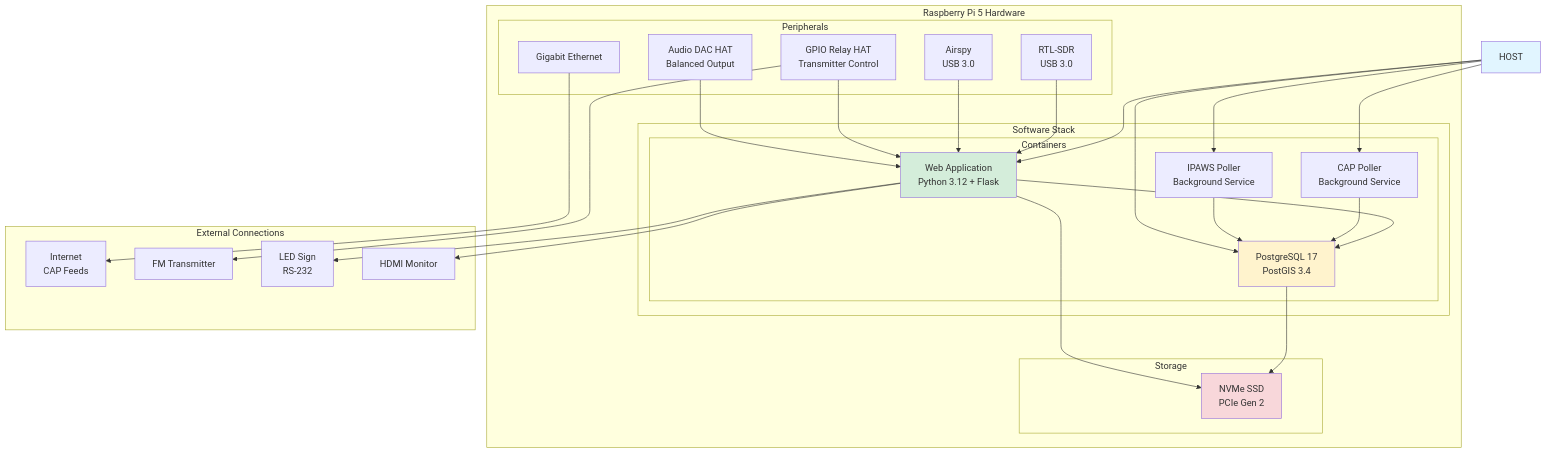
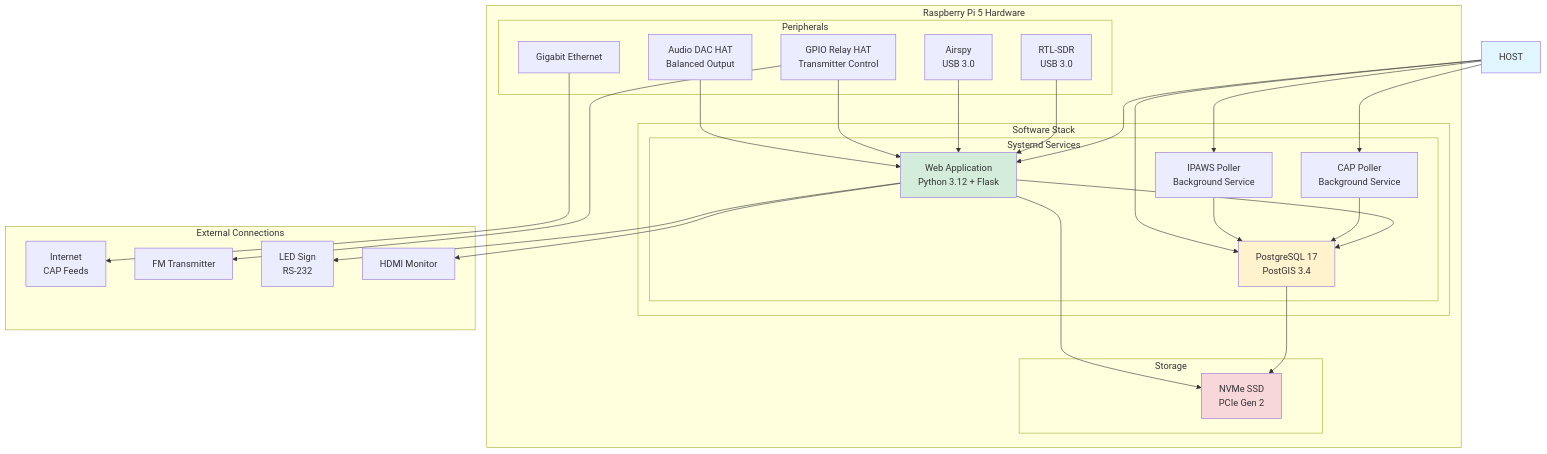
One commit to chelstein/eas-station changed diagram 20 of 21 in docs/architecture/SYSTEM_ARCHITECTURE.md. Above: the diagram before and after it, drawn with Mermaid. The commit also changed other lines of this file and 4 other files, not shown here.

Commit message:
Update architecture docs: Remove Docker/container terminology, use systemd services

````diff
--- a/docs/architecture/SYSTEM_ARCHITECTURE.md
+++ b/docs/architecture/SYSTEM_ARCHITECTURE.md
@@ -1020,58 +1022,58 @@
 ```mermaid
 graph TB
     subgraph "Raspberry Pi 5 Hardware"
         subgraph "Software Stack"
-            subgraph "Containers"
+            subgraph "Systemd Services"
                 APP_C[Web Application<br>Python 3.12 + Flask]
                 POLL_C[CAP Poller<br>Background Service]
                 IPAWS_C[IPAWS Poller<br>Background Service]
                 DB_C[PostgreSQL 17<br>PostGIS 3.4]
             end
         end
 
         subgraph "Peripherals"
             SDR1[RTL-SDR<br>USB 3.0]
             SDR2[Airspy<br>USB 3.0]
             GPIO_HAT[GPIO Relay HAT<br>Transmitter Control]
             AUDIO_HAT[Audio DAC HAT<br>Balanced Output]
             ETH[Gigabit Ethernet]
         end
 
         subgraph "Storage"
             NVME[NVMe SSD<br>PCIe Gen 2]
         end
     end
 
     subgraph "External Connections"
         INTERNET[Internet<br>CAP Feeds]
         TX_EXT[FM Transmitter]
         LED_EXT[LED Sign<br>RS-232]
         MONITOR[HDMI Monitor]
     end
 
     APP_C --> DB_C
     POLL_C --> DB_C
     IPAWS_C --> DB_C
 
     HOST --> APP_C
     HOST --> POLL_C
     HOST --> IPAWS_C
     HOST --> DB_C
 
     DB_C --> NVME
     APP_C --> NVME
 
     SDR1 --> APP_C
     SDR2 --> APP_C
     GPIO_HAT --> APP_C
     AUDIO_HAT --> APP_C
     ETH --> INTERNET
     GPIO_HAT --> TX_EXT
     APP_C --> LED_EXT
     APP_C --> MONITOR
 
     style HOST fill:#e1f5ff
     style APP_C fill:#d4edda
     style DB_C fill:#fff3cd
     style NVME fill:#f8d7da
 ```
````
